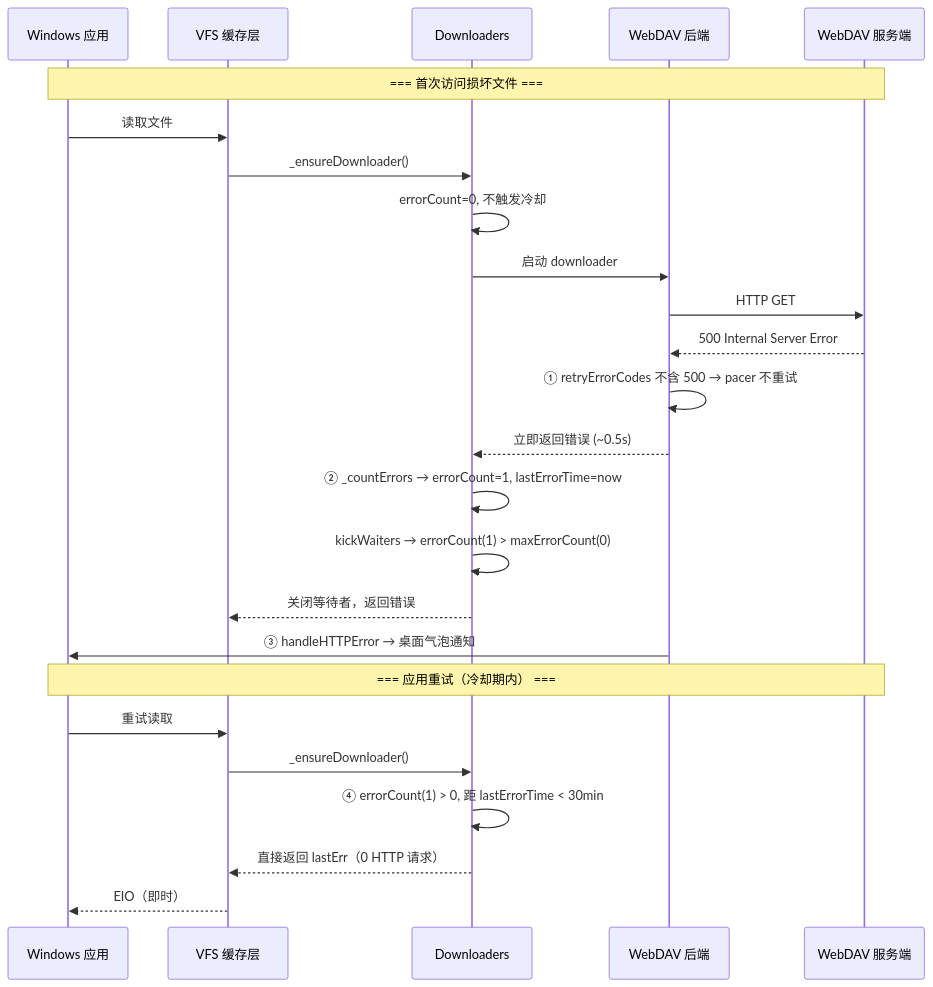
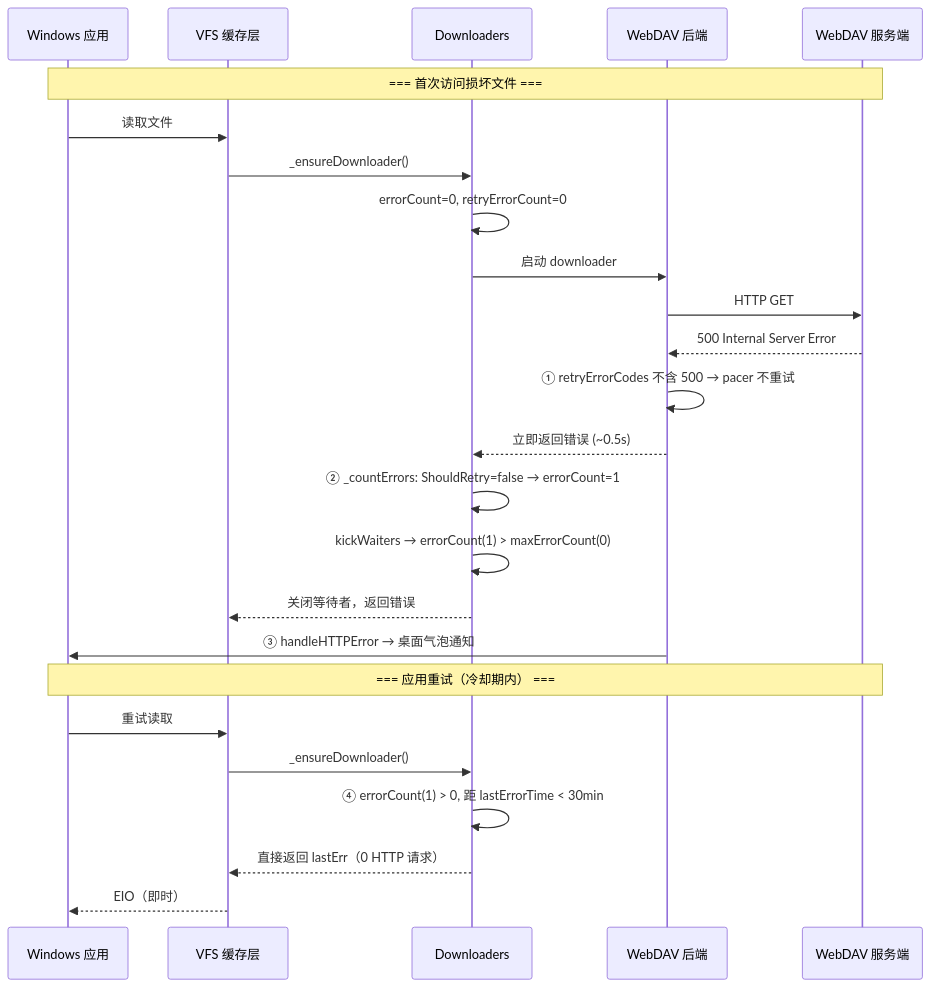
One commit to CoYdisk/rclone changed the third of 4 diagrams in docs/spec/悦库虚拟盘规格文档.md. Above: the diagram before and after it, drawn with Mermaid. The commit also changed other lines of this file and 1 other file, not shown here.

````diff
--- a/docs/spec/悦库虚拟盘规格文档.md
+++ b/docs/spec/悦库虚拟盘规格文档.md
@@ -489,29 +569,29 @@
 ```mermaid
 sequenceDiagram
     participant App as Windows 应用
     participant VFS as VFS 缓存层
     participant DL as Downloaders
     participant W as WebDAV 后端
     participant S as WebDAV 服务端
 
     Note over App,S: === 首次访问损坏文件 ===
     App->>VFS: 读取文件
     VFS->>DL: _ensureDownloader()
-    DL->>DL: errorCount=0, 不触发冷却
+    DL->>DL: errorCount=0, retryErrorCount=0
     DL->>W: 启动 downloader
     W->>S: HTTP GET
     S-->>W: 500 Internal Server Error
     W->>W: ① retryErrorCodes 不含 500 → pacer 不重试
     W-->>DL: 立即返回错误 (~0.5s)
-    DL->>DL: ② _countErrors → errorCount=1, lastErrorTime=now
+    DL->>DL: ② _countErrors: ShouldRetry=false → errorCount=1
     DL->>DL: kickWaiters → errorCount(1) > maxErrorCount(0)
     DL-->>VFS: 关闭等待者，返回错误
     W->>App: ③ handleHTTPError → 桌面气泡通知
 
     Note over App,S: === 应用重试（冷却期内） ===
     App->>VFS: 重试读取
     VFS->>DL: _ensureDownloader()
     DL->>DL: ④ errorCount(1) > 0, 距 lastErrorTime < 30min
     DL-->>VFS: 直接返回 lastErr（0 HTTP 请求）
     VFS-->>App: EIO（即时）
 ```
````
